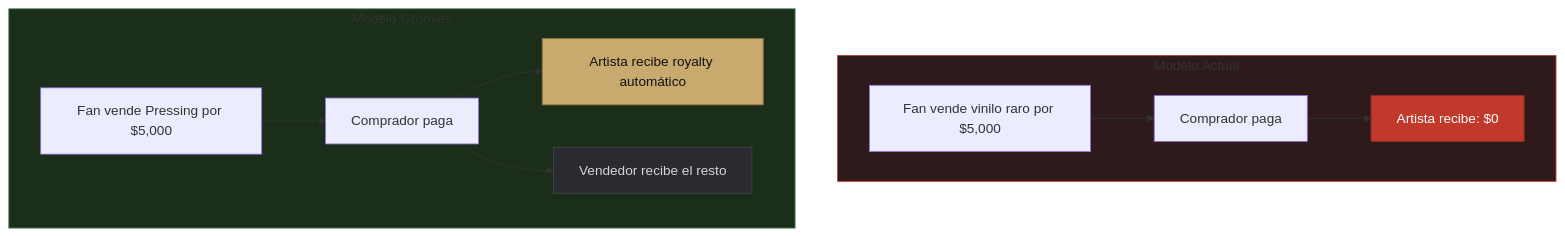
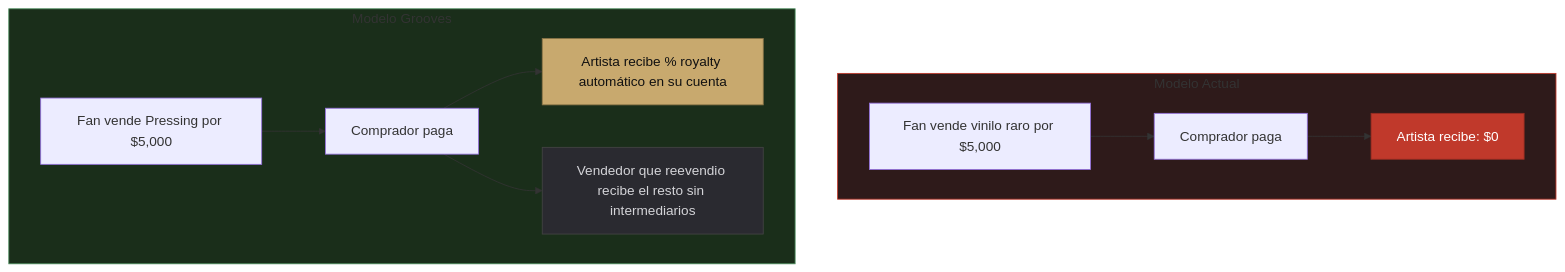
The third of 3 diagrams in el-problema.md (groovesart/grooves-docs), drawn with Mermaid before and after one commit. The commit also changed other lines of this file, not shown here.

````diff
--- a/el-problema.md
+++ b/el-problema.md
@@ -66,17 +66,17 @@
 ```mermaid
 graph TB
     subgraph HOY["Modelo Actual"]
         A1[Fan vende vinilo raro por $5,000] --> B1[Comprador paga]
         B1 --> C1[Artista recibe: $0]
     end
     subgraph GROOVES["Modelo Grooves"]
         A2[Fan vende Pressing por $5,000] --> B2[Comprador paga]
-        B2 --> C2[Artista recibe royalty automático]
-        B2 --> D2[Vendedor recibe el resto]
+        B2 --> C2[Artista recibe % royalty automático en su cuenta]
+        B2 --> D2[Vendedor que reevendio recibe el resto sin intermediarios]
     end
     style HOY fill:#2e1a1a,stroke:#c0392b
     style GROOVES fill:#1a2e1a,stroke:#4a8c5c
     style C1 fill:#c0392b,color:#fff,stroke:#962d22
     style C2 fill:#C8A96E,color:#111,stroke:#8a7548
     style D2 fill:#2a2a30,color:#d4d4d8,stroke:#444
 ```
````
